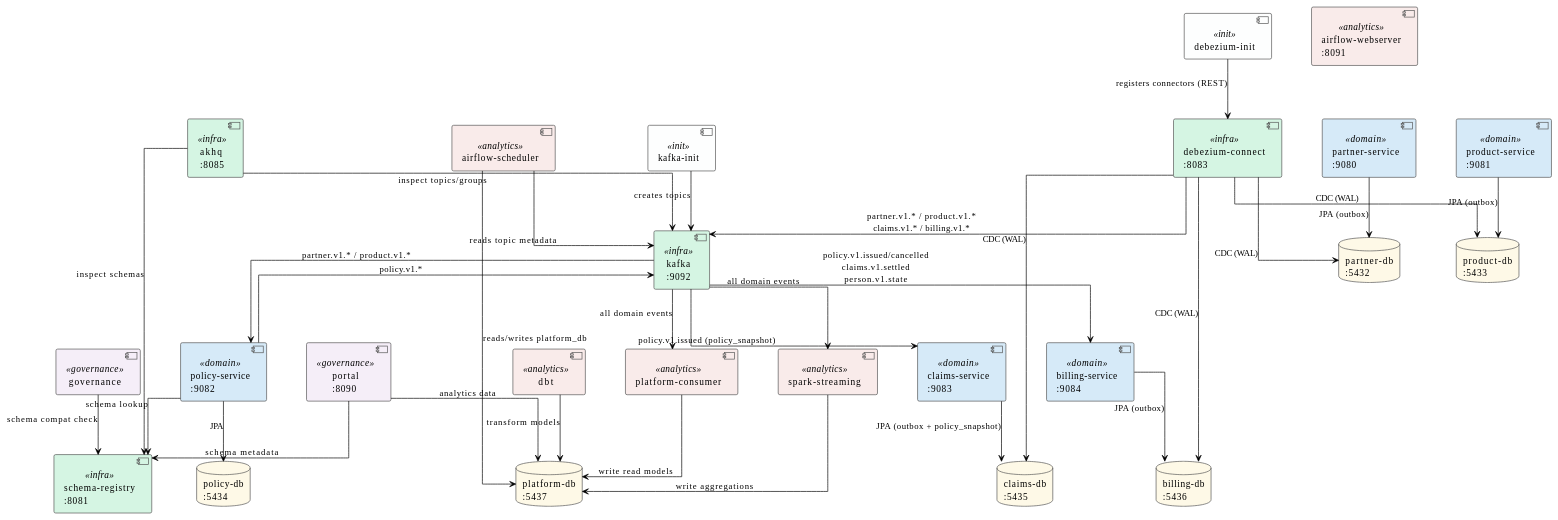
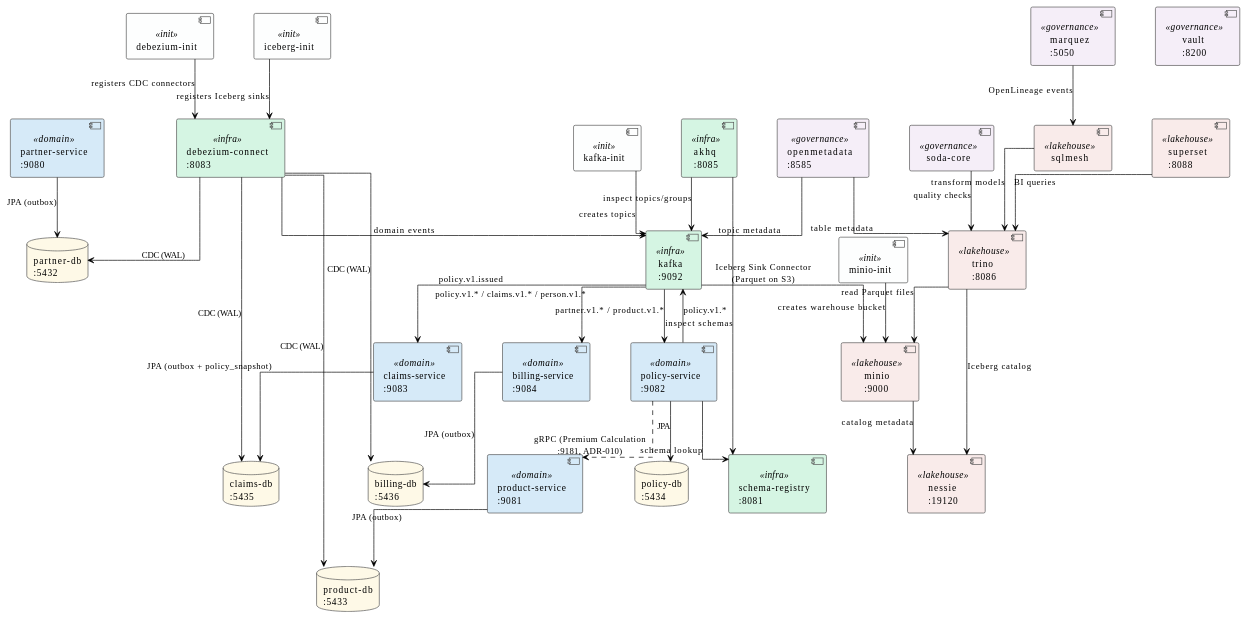
The diagram in docs/services-overview.md (LukasW/datamesh), drawn with PlantUML before and after one commit. The commit also changed other lines of this file and 524 other files, not shown here.

```diff
--- a/docs/services-overview.md
+++ b/docs/services-overview.md
@@ -77,7 +92,7 @@
 skinparam component {
   BackgroundColor<<domain>> #D6EAF8
   BackgroundColor<<infra>> #D5F5E3
-  BackgroundColor<<analytics>> #F9EBEA
+  BackgroundColor<<lakehouse>> #F9EBEA
   BackgroundColor<<governance>> #F5EEF8
   BackgroundColor<<init>> #FDFEFE
   BorderColor #555
@@ -97,6 +112,8 @@
 ' ── Init Jobs ─────────────────────────────────────────────────────────
 component "kafka-init"    <<init>> as KINIT
 component "debezium-init" <<init>> as DINIT
+component "iceberg-init"  <<init>> as IINIT
+component "minio-init"    <<init>> as MINIT
 
 ' ── Databases ─────────────────────────────────────────────────────────
 database "partner-db\n:5432"  as PDB
@@ -104,7 +121,6 @@
 database "policy-db\n:5434"   as POLDB
 database "claims-db\n:5435"   as CLMDB
 database "billing-db\n:5436"  as BILDB
-database "platform-db\n:5437" as PLATDB
 
 ' ── Domain Services ───────────────────────────────────────────────────
 component "partner-service\n:9080" <<domain>> as PS
@@ -113,20 +129,24 @@
 component "claims-service\n:9083"  <<domain>> as CLMS
 component "billing-service\n:9084" <<domain>> as BILS
 
-' ── Analytics ─────────────────────────────────────────────────────────
-component "platform-consumer" <<analytics>> as PC
-component "spark-streaming"   <<analytics>> as SPARK
-component "dbt"               <<analytics>> as DBT
-component "airflow-webserver\n:8091" <<analytics>> as AIRFLOW_WEB
-component "airflow-scheduler"        <<analytics>> as AIRFLOW_SCH
+' ── Lakehouse Foundation ─────────────────────────────────────────────
+component "minio\n:9000"          <<lakehouse>> as MINIO
+component "nessie\n:19120"        <<lakehouse>> as NESSIE
+component "trino\n:8086"          <<lakehouse>> as TRINO
+component "sqlmesh"               <<lakehouse>> as SQLMESH
+component "superset\n:8088"       <<lakehouse>> as SUPERSET
 
-' ── Governance & Portal ───────────────────────────────────────────────
-component "governance" <<governance>> as GOV
-component "portal\n:8090" <<governance>> as PORTAL
+' ── Governance & Compliance ──────────────────────────────────────────
+component "openmetadata\n:8585"   <<governance>> as OMD
+component "marquez\n:5050"        <<governance>> as MRQ
+component "vault\n:8200"          <<governance>> as VAULT
+component "soda-core"             <<governance>> as SODA
 
 ' ── Init dependencies ─────────────────────────────────────────────────
-KINIT --> KAFKA  : creates topics
-DINIT --> DBZ    : registers connectors (REST)
+KINIT --> KAFKA   : creates topics
+DINIT --> DBZ     : registers CDC connectors
+IINIT --> DBZ     : registers Iceberg sinks
+MINIT --> MINIO   : creates warehouse bucket
 
 ' ── Domain → DB ───────────────────────────────────────────────────────
 PS   --> PDB   : JPA (outbox)
@@ -140,32 +160,35 @@
 DBZ --> PRDB  : CDC (WAL)
 DBZ --> CLMDB : CDC (WAL)
 DBZ --> BILDB : CDC (WAL)
-DBZ --> KAFKA : partner.v1.* / product.v1.*\nclaims.v1.* / billing.v1.*
+DBZ --> KAFKA : domain events
 
 ' ── Policy publishes directly ─────────────────────────────────────────
 POLS --> KAFKA : policy.v1.*
 
-' ── Domain ← Kafka (consumed events) ─────────────────────────────────
+' ── Domain ← Kafka (consumed events) ─────────────────────────────
 KAFKA --> POLS : partner.v1.* / product.v1.*
-KAFKA --> CLMS : policy.v1.issued (policy_snapshot)
-KAFKA --> BILS : policy.v1.issued/cancelled\nclaims.v1.settled\nperson.v1.state
+KAFKA --> CLMS : policy.v1.issued
+KAFKA --> BILS : policy.v1.* / claims.v1.* / person.v1.*
+
+' ── gRPC: Policy → Product (Premium Calculation, ADR-010) ──────
+POLS ..> PRS : gRPC (Premium Calculation\n:9181, ADR-010)
+
+' ── Lakehouse layer (Kafka → Iceberg → Trino → SQLMesh → Superset) ──
+KAFKA  --> MINIO   : Iceberg Sink Connector\n(Parquet on S3)
+MINIO  --> NESSIE  : catalog metadata
+TRINO  --> NESSIE  : Iceberg catalog
+TRINO  --> MINIO   : read Parquet files
+SQLMESH --> TRINO  : transform models
+SUPERSET --> TRINO : BI queries
+
+' ── Governance ────────────────────────────────────────────────────────
+OMD  --> KAFKA  : topic metadata
+OMD  --> TRINO  : table metadata
+MRQ  --> SQLMESH : OpenLineage events
+SODA --> TRINO  : quality checks
 
 ' ── Schema Registry ───────────────────────────────────────────────────
 POLS --> SR   : schema lookup
-
-' ── Analytics layer ───────────────────────────────────────────────────
-KAFKA  --> PC    : all domain events
-KAFKA  --> SPARK : all domain events
-PC     --> PLATDB : write read models
-SPARK  --> PLATDB : write aggregations
-DBT    --> PLATDB : transform models
-AIRFLOW_SCH --> KAFKA   : reads topic metadata
-AIRFLOW_SCH --> PLATDB  : reads/writes platform_db
-
-' ── Governance ────────────────────────────────────────────────────────
-GOV    --> SR    : schema compat check
-PORTAL --> SR    : schema metadata
-PORTAL --> PLATDB : analytics data
 
 ' ── AKHQ observability ────────────────────────────────────────────────
 AKHQ --> KAFKA : inspect topics/groups
```
